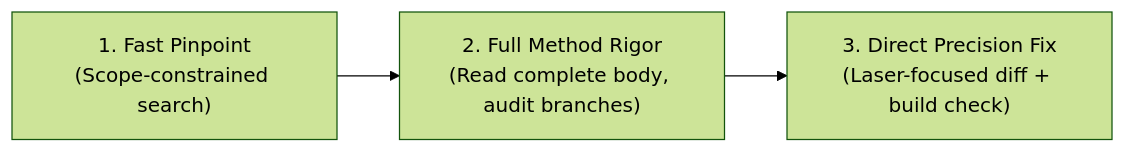
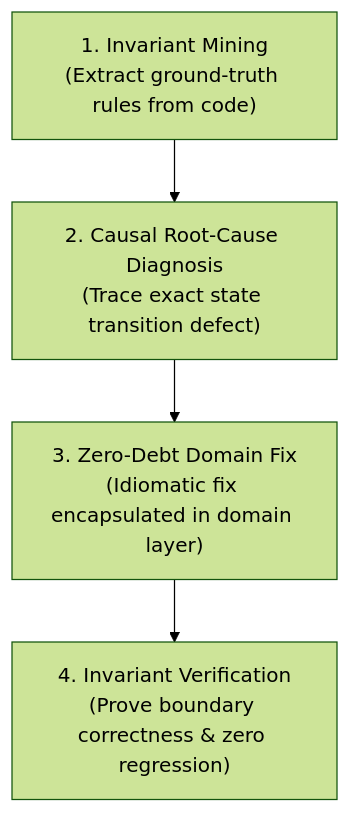
Before and after one commit to quocbahuynh/OttoNet-Skills: the diagram in skills/ottonet-skill/SKILL.md, drawn with Mermaid (forest theme). The commit also changed other lines of this file and 5 other files, not shown here.

Commit message:
feat: upgrade to elite business logic debugger with zero technical debt and causal invariant diagnostics

````diff
--- a/skills/ottonet-skill/SKILL.md
+++ b/skills/ottonet-skill/SKILL.md
@@ -20,4 +21,6 @@
 ```mermaid
-graph LR
-    S1["1. Fast Pinpoint<br/>(Scope-constrained search)"] --> S2["2. Full Method Rigor<br/>(Read complete body, audit branches)"] --> S3["3. Direct Precision Fix<br/>(Laser-focused diff + build check)"]
+graph TD
+    S1["1. Invariant Mining<br/>(Extract ground-truth rules from code)"] --> S2["2. Causal Root-Cause Diagnosis<br/>(Trace exact state transition defect)"]
+    S2 --> S3["3. Zero-Debt Domain Fix<br/>(Idiomatic fix encapsulated in domain layer)"]
+    S3 --> S4["4. Invariant Verification<br/>(Prove boundary correctness & zero regression)"]
 ```
````
